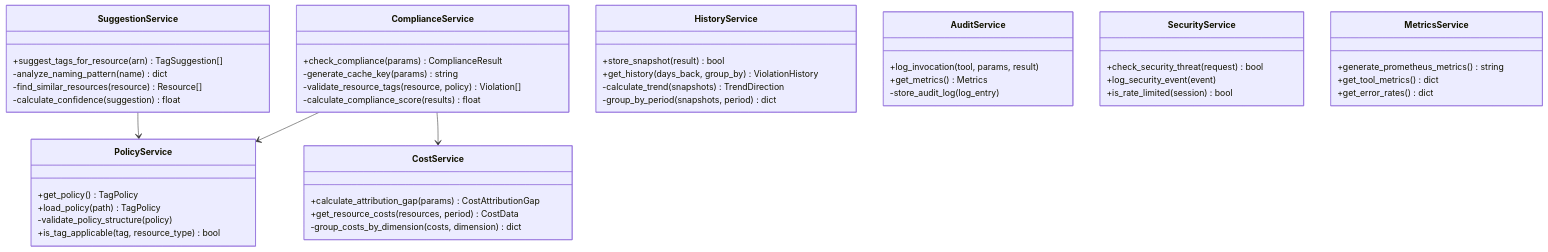
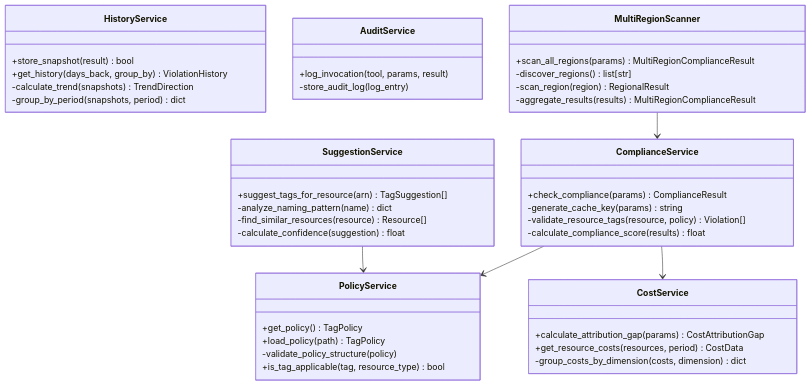
Before and after one commit to OptimNow/finops-tag-compliance-mcp: the third of 7 diagrams in docs/diagrams/04-component-diagram.md, drawn with Mermaid. The commit also changed other lines of this file and 6 other files, not shown here.

First line of the commit message:
docs: rewrite diagrams for stdio architecture, delete HTTP-only docs

````diff
--- a/docs/diagrams/04-component-diagram.md
+++ b/docs/diagrams/04-component-diagram.md
@@ -194,58 +249,53 @@
 ```mermaid
 classDiagram
     class ComplianceService {
         +check_compliance(params) ComplianceResult
         -generate_cache_key(params) string
         -validate_resource_tags(resource, policy) Violation[]
         -calculate_compliance_score(results) float
     }
 
     class PolicyService {
         +get_policy() TagPolicy
         +load_policy(path) TagPolicy
         -validate_policy_structure(policy)
         +is_tag_applicable(tag, resource_type) bool
     }
 
     class CostService {
         +calculate_attribution_gap(params) CostAttributionGap
         +get_resource_costs(resources, period) CostData
         -group_costs_by_dimension(costs, dimension) dict
     }
 
     class SuggestionService {
         +suggest_tags_for_resource(arn) TagSuggestion[]
         -analyze_naming_pattern(name) dict
         -find_similar_resources(resource) Resource[]
         -calculate_confidence(suggestion) float
     }
 
     class HistoryService {
         +store_snapshot(result) bool
         +get_history(days_back, group_by) ViolationHistory
         -calculate_trend(snapshots) TrendDirection
         -group_by_period(snapshots, period) dict
     }
 
     class AuditService {
         +log_invocation(tool, params, result)
-        +get_metrics() Metrics
         -store_audit_log(log_entry)
     }
 
-    class SecurityService {
-        +check_security_threat(request) bool
-        +log_security_event(event)
-        +is_rate_limited(session) bool
-    }
-
-    class MetricsService {
-        +generate_prometheus_metrics() string
-        +get_tool_metrics() dict
-        +get_error_rates() dict
+    class MultiRegionScanner {
+        +scan_all_regions(params) MultiRegionComplianceResult
+        -discover_regions() list[str]
+        -scan_region(region) RegionalResult
+        -aggregate_results(results) MultiRegionComplianceResult
     }
 
     ComplianceService --> PolicyService
     ComplianceService --> CostService
     SuggestionService --> PolicyService
+    MultiRegionScanner --> ComplianceService
 ```
````
